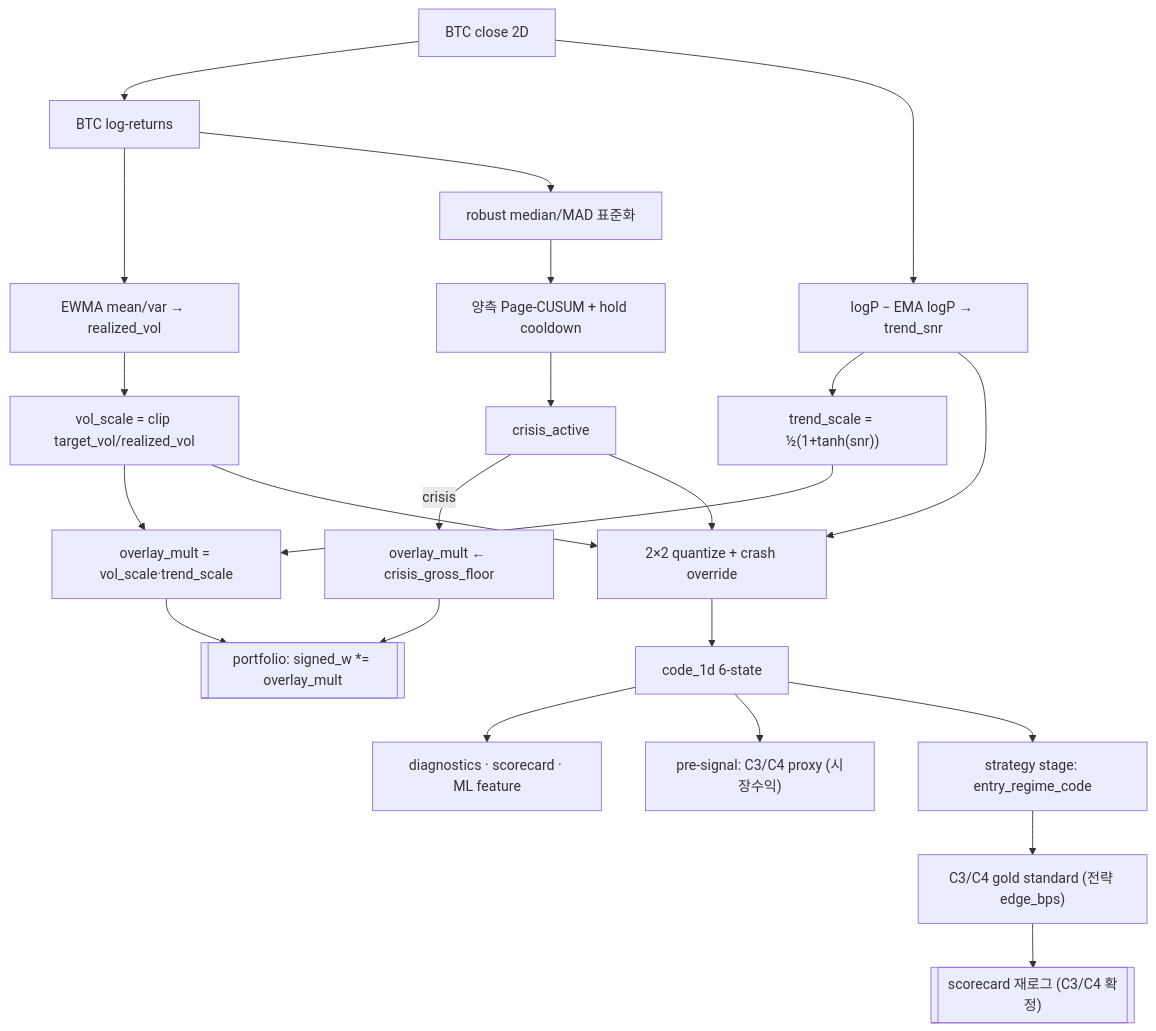
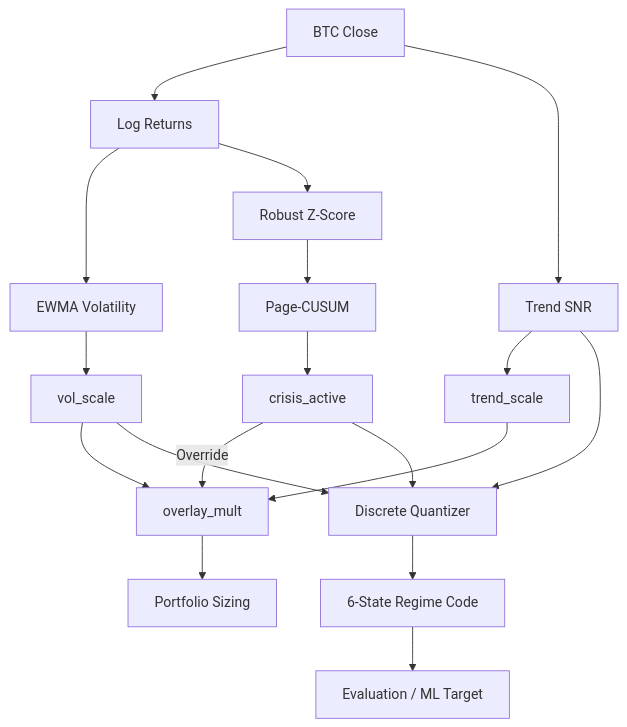
One commit to KTHYEONG/crypto-pilot changed the diagram in docs/architecture/regime.md. Above: the diagram before and after it, drawn with Mermaid. The commit also changed other lines of this file and 1 other file, not shown here.

First line of the commit message:
docs(architecture): 아키텍처 문서 포맷 고도화 (regime, universe)

````diff
--- a/docs/architecture/regime.md
+++ b/docs/architecture/regime.md
@@ -49,25 +50,20 @@
 ```mermaid
 graph TD
-    P[BTC close 2D] --> R[BTC log-returns]
-    R --> V[EWMA mean/var → realized_vol]
-    V --> VS[vol_scale = clip target_vol/realized_vol]
-    P --> T[logP − EMA logP → trend_snr]
-    T --> TS["trend_scale = ½(1+tanh(snr))"]
-    R --> RB[robust median/MAD 표준화]
-    RB --> CU[양측 Page-CUSUM + hold cooldown]
-    CU --> CA[crisis_active]
-    VS --> OM[overlay_mult = vol_scale·trend_scale]
-    TS --> OM
-    CA -->|crisis| OMF[overlay_mult ← crisis_gross_floor]
-    OM --> ALLOC[["portfolio: signed_w *= overlay_mult"]]
-    OMF --> ALLOC
-    VS --> Q[2×2 quantize + crash override]
-    T --> Q
-    CA --> Q
-    Q --> CODE[code_1d 6-state]
-    CODE --> DIAG[diagnostics · scorecard · ML feature]
-    CODE --> PROXY["pre-signal: C3/C4 proxy (시장수익)"]
-    CODE --> EVT["strategy stage: entry_regime_code"]
-    EVT --> GOLD["C3/C4 gold standard (전략 edge_bps)"]
-    GOLD --> RESCORE[["scorecard 재로그 (C3/C4 확정)"]]
+    A[BTC Close] --> B[Log Returns]
+    B --> C[EWMA Volatility]
+    C --> D[vol_scale]
+    A --> E[Trend SNR]
+    E --> F[trend_scale]
+    B --> G[Robust Z-Score]
+    G --> H[Page-CUSUM]
+    H --> I[crisis_active]
+    D --> J[overlay_mult]
+    F --> J
+    I -->|Override| J
+    D --> K[Discrete Quantizer]
+    E --> K
+    I --> K
+    K --> L[6-State Regime Code]
+    J --> M[Portfolio Sizing]
+    L --> N[Evaluation / ML Target]
 ```
````
